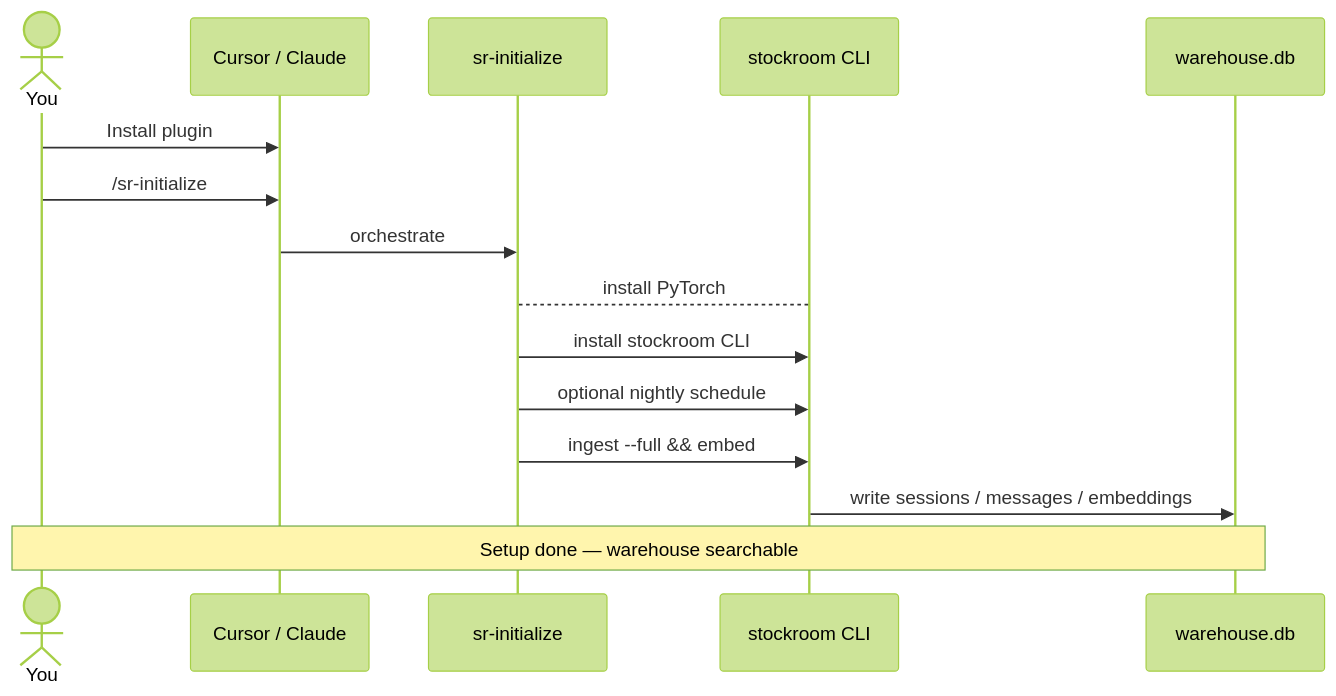
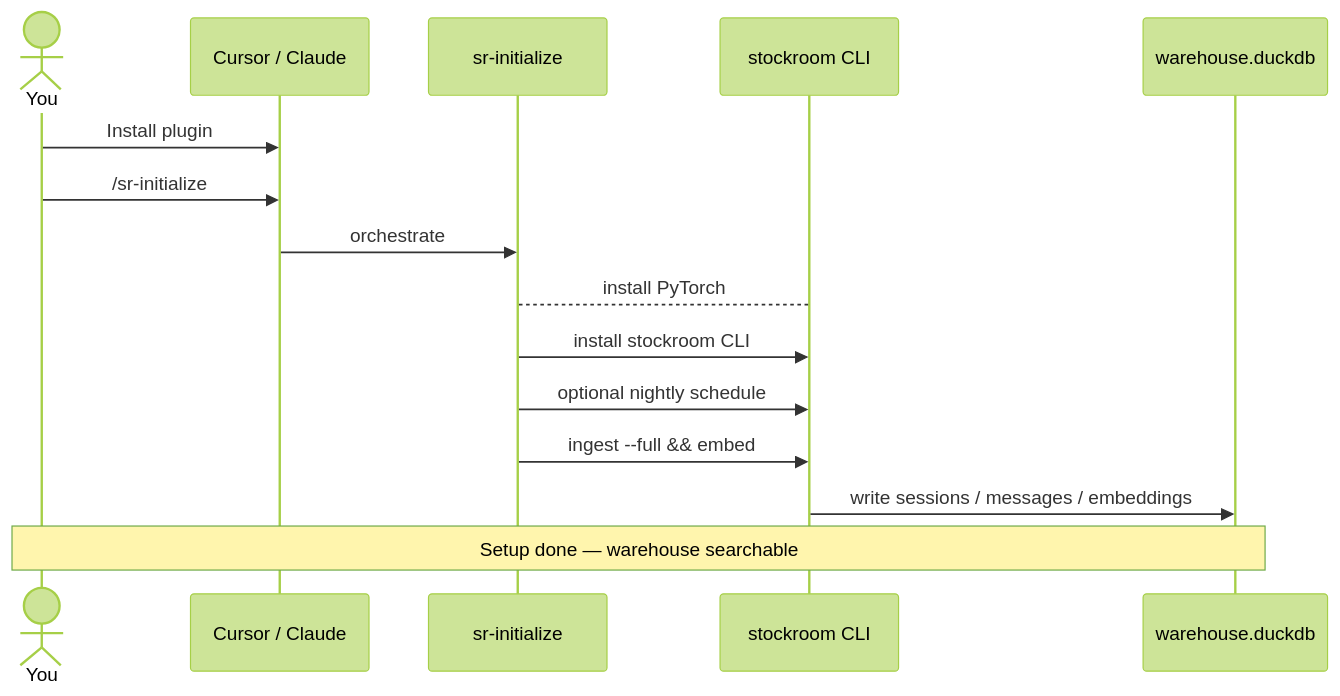
Before and after one commit to Texarkanine/stockroom: the first of 3 diagrams in docs/user-guide/index.md, drawn with Mermaid (forest theme). The commit also changed 4 other files, not shown here.

````diff
--- a/docs/user-guide/index.md
+++ b/docs/user-guide/index.md
@@ -19,18 +19,18 @@
 ```mermaid
 sequenceDiagram
 	actor You
 	participant Harness as Cursor / Claude
 	participant Init as sr-initialize
 	participant Eng as stockroom CLI
-	participant WH as warehouse.db
+	participant WH as warehouse.duckdb
 
 	You->>Harness: Install plugin
 	You->>Harness: /sr-initialize
 	Harness->>Init: orchestrate
 	Init-->Eng: install PyTorch
 	Init->>Eng: install stockroom CLI
 	Init->>Eng: optional nightly schedule
 	Init->>Eng: ingest --full && embed
 	Eng->>WH: write sessions / messages / embeddings
 	Note over You,WH: Setup done — warehouse searchable
 ```
````
